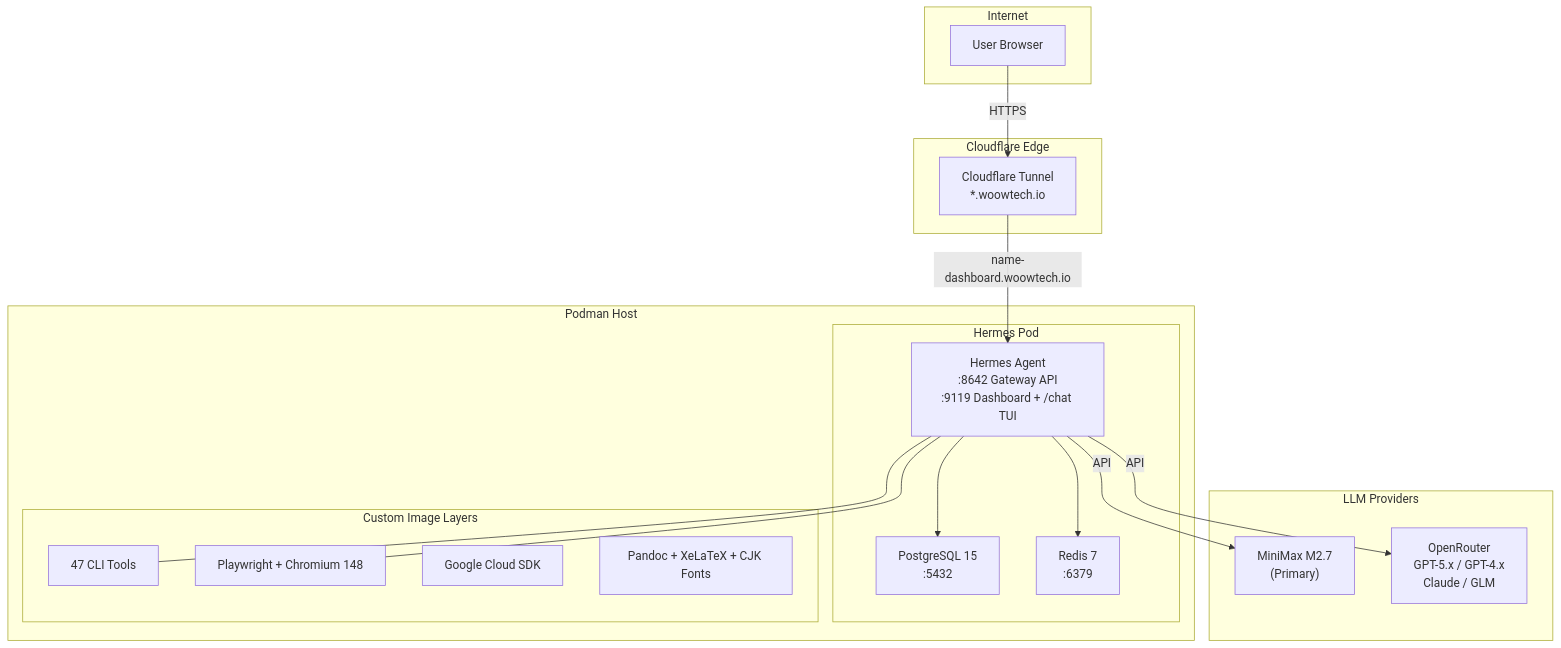
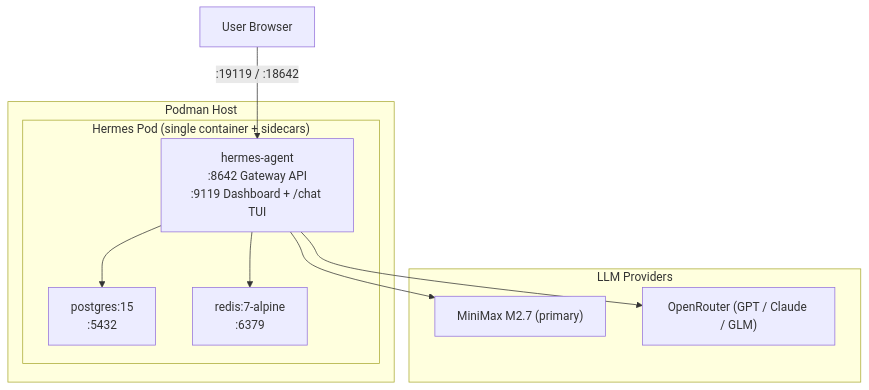
The diagram in README.md (WOOWTECH/Woow_podman_hermes), drawn with Mermaid before and after one commit. The commit also changed other lines of this file and 1 other file, not shown here.

````diff
--- a/README.md
+++ b/README.md
@@ -112,39 +131,23 @@
 ```mermaid
 graph TB
-    subgraph Internet["Internet"]
-        User["User Browser"]
-    end
+    User["User Browser"]
 
-    subgraph CF["Cloudflare Edge"]
-        Tunnel["Cloudflare Tunnel<br/>*.woowtech.io"]
-    end
-
-    subgraph Cluster["Podman Host"]
-        subgraph Pod["Hermes Pod"]
-            Agent["Hermes Agent<br/>:8642 Gateway API<br/>:9119 Dashboard + /chat TUI"]
-            PG["PostgreSQL 15<br/>:5432"]
-            Redis["Redis 7<br/>:6379"]
-        end
-
-        subgraph Custom["Custom Image Layers"]
-            CLI["47 CLI Tools"]
-            PW["Playwright + Chromium 148"]
-            GC["Google Cloud SDK"]
-            Content["Pandoc + XeLaTeX + CJK Fonts"]
+    subgraph Host["Podman Host"]
+        subgraph Pod["Hermes Pod (single container + sidecars)"]
+            Agent["hermes-agent<br/>:8642 Gateway API<br/>:9119 Dashboard + /chat TUI"]
+            PG["postgres:15<br/>:5432"]
+            Redis["redis:7-alpine<br/>:6379"]
         end
     end
 
     subgraph LLM["LLM Providers"]
-        MM["MiniMax M2.7<br/>(Primary)"]
-        OR["OpenRouter<br/>GPT-5.x / GPT-4.x<br/>Claude / GLM"]
+        MM["MiniMax M2.7 (primary)"]
+        OR["OpenRouter (GPT / Claude / GLM)"]
     end
 
-    User -->|HTTPS| Tunnel
-    Tunnel -->|"name-dashboard.woowtech.io"| Agent
+    User -->|":19119 / :18642"| Agent
     Agent --> PG
     Agent --> Redis
-    Agent -->|API| MM
-    Agent -->|API| OR
-    Agent --- CLI
-    Agent --- PW
+    Agent --> MM
+    Agent --> OR
 ```
````
